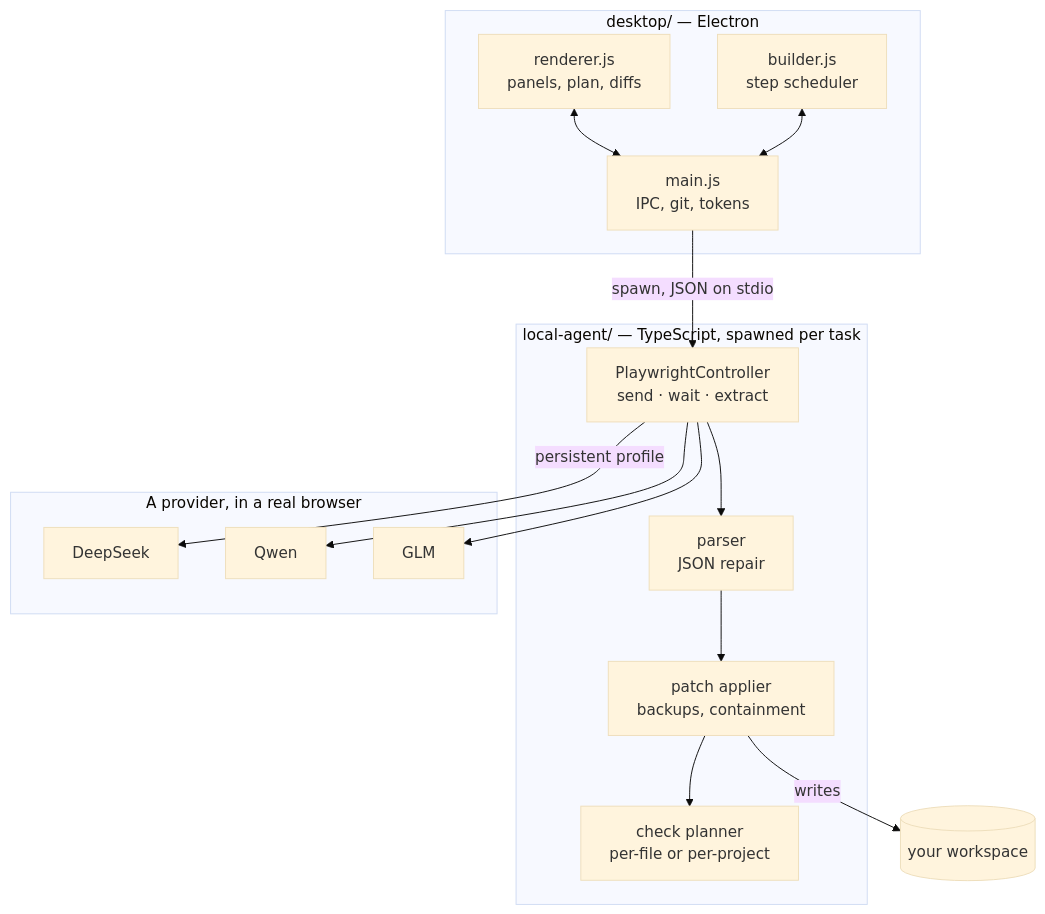
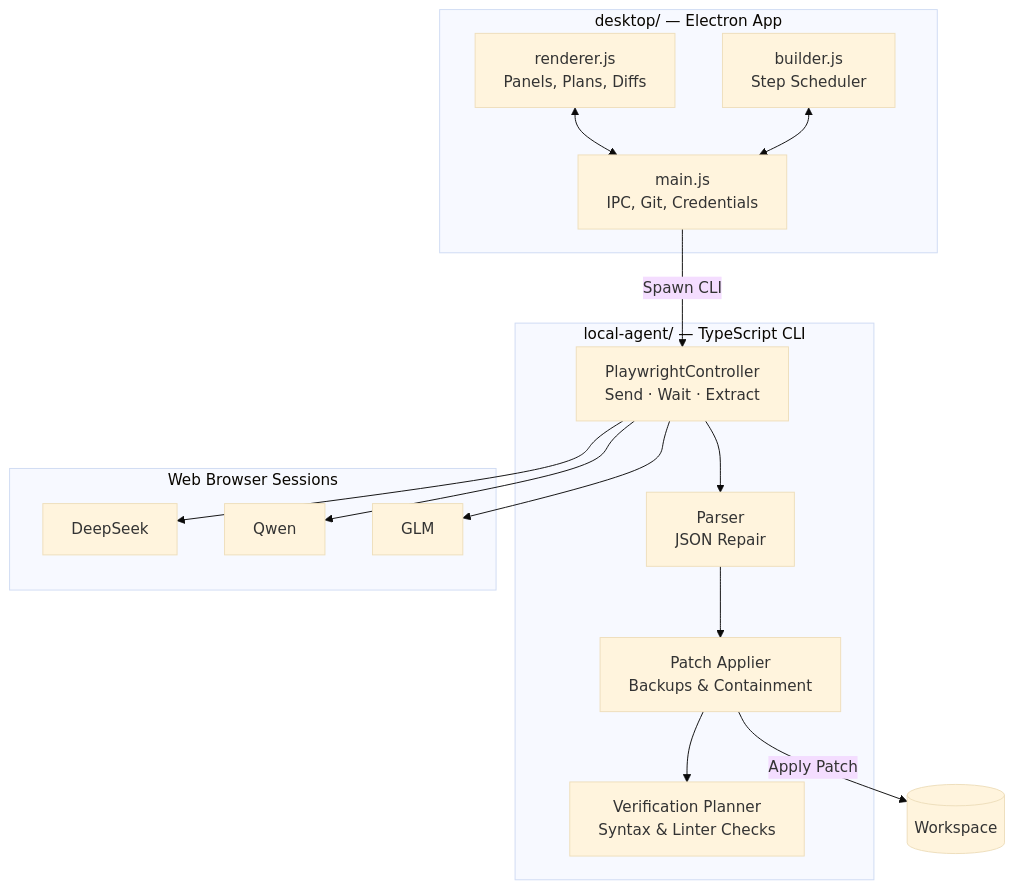
The diagram in README.md (siddarth1872004/CloseNI), drawn with Mermaid (base theme) before and after one commit. The commit also changed other lines of this file, not shown here.

Commit message:
Refactor README: clean, concise layout with architecture & setup guides

````diff
--- a/README.md
+++ b/README.md
@@ -74,30 +61,30 @@
 ```mermaid
 flowchart TB
-    subgraph desktop["desktop/ — Electron"]
-        R["renderer.js<br/>panels, plan, diffs"]
-        B["builder.js<br/>step scheduler"]
-        M["main.js<br/>IPC, git, tokens"]
+    subgraph desktop["desktop/ — Electron App"]
+        R["renderer.js<br/>Panels, Plans, Diffs"]
+        B["builder.js<br/>Step Scheduler"]
+        M["main.js<br/>IPC, Git, Credentials"]
         R <--> M
         B <--> M
     end
 
-    subgraph agent["local-agent/ — TypeScript, spawned per task"]
-        C["PlaywrightController<br/>send · wait · extract"]
-        P["parser<br/>JSON repair"]
-        A["patch applier<br/>backups, containment"]
-        V["check planner<br/>per-file or per-project"]
+    subgraph agent["local-agent/ — TypeScript CLI"]
+        C["PlaywrightController<br/>Send · Wait · Extract"]
+        P["Parser<br/>JSON Repair"]
+        A["Patch Applier<br/>Backups & Containment"]
+        V["Verification Planner<br/>Syntax & Linter Checks"]
         C --> P --> A --> V
     end
 
-    subgraph web["A provider, in a real browser"]
+    subgraph web["Web Browser Sessions"]
         D["DeepSeek"]
         Q["Qwen"]
         G["GLM"]
     end
 
-    M -->|"spawn, JSON on stdio"| C
-    C -->|"persistent profile"| D
+    M -->|"Spawn CLI"| C
+    C --> D
     C --> Q
     C --> G
-    A -->|"writes"| W[("your workspace")]
+    A -->|"Apply Patch"| W[("Workspace")]
 ```
````
